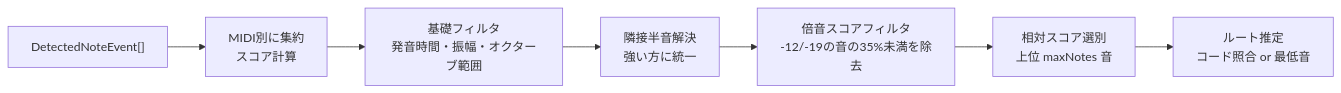
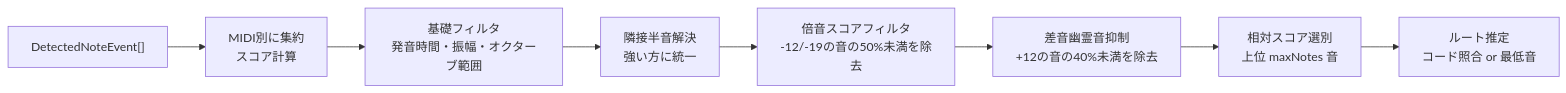
One commit to guchipa/chordlens changed the fourth of 4 diagrams in docs/CHORD_DETECTION.md. Above: the diagram before and after it, drawn with Mermaid. The commit also changed other lines of this file and 2 other files, not shown here.

````diff
--- a/docs/CHORD_DETECTION.md
+++ b/docs/CHORD_DETECTION.md
@@ -214,9 +256,10 @@
 ```mermaid
 graph LR
     EV["DetectedNoteEvent[]"] --> AGG["MIDI別に集約<br/>スコア計算"]
     AGG --> F1["基礎フィルタ<br/>発音時間・振幅・オクターブ範囲"]
     F1 --> F2["隣接半音解決<br/>強い方に統一"]
-    F2 --> F3["倍音スコアフィルタ<br/>-12/-19の音の35%未満を除去"]
-    F3 --> SEL["相対スコア選別<br/>上位 maxNotes 音"]
+    F2 --> F3["倍音スコアフィルタ<br/>-12/-19の音の50%未満を除去"]
+    F3 --> F4["差音幽霊音抑制<br/>+12の音の40%未満を除去"]
+    F4 --> SEL["相対スコア選別<br/>上位 maxNotes 音"]
     SEL --> ROOT["ルート推定<br/>コード照合 or 最低音"]
 ```
````
